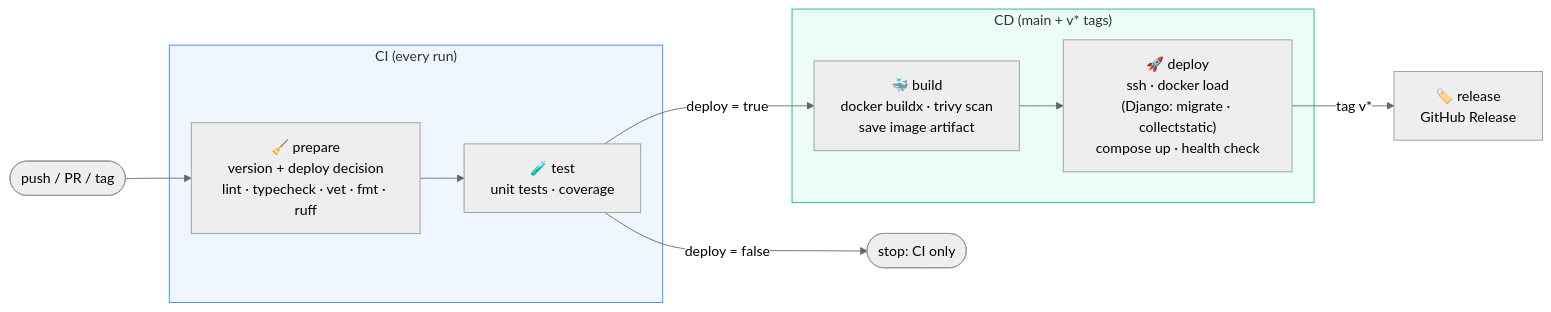
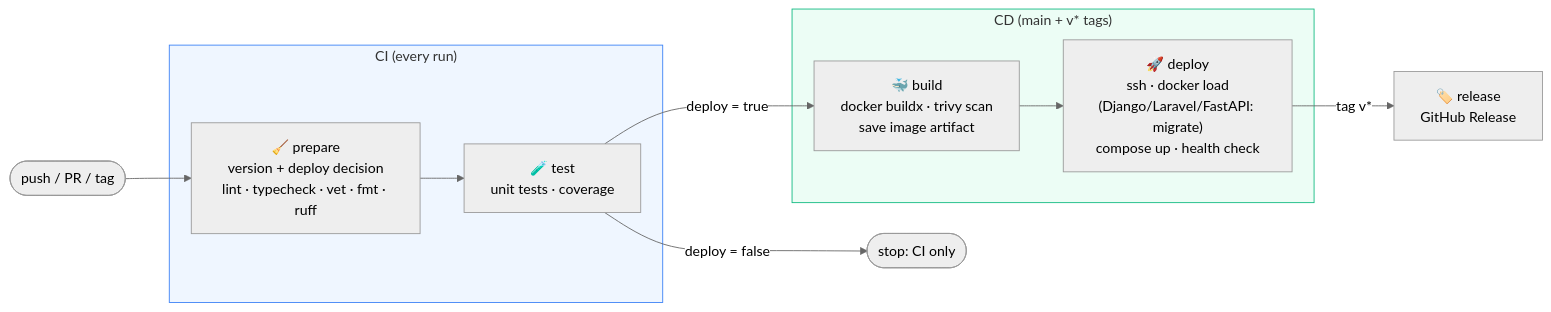
The first of 4 diagrams in README.md (ppeymann/ci-templates), drawn with Mermaid (neutral theme) before and after one commit. The commit also changed other lines of this file and 22 other files, not shown here.

````diff
--- a/README.md
+++ b/README.md
@@ -70,20 +114,20 @@
 ```mermaid
 flowchart LR
     A([push / PR / tag]) --> P
 
     subgraph CI [" CI (every run) "]
       P["🧹 prepare<br/>version + deploy decision<br/>lint · typecheck · vet · fmt · ruff"] --> T["🧪 test<br/>unit tests · coverage"]
     end
 
     T -->|deploy = true| B
 
     subgraph CD [" CD (main + v* tags) "]
-      B["🐳 build<br/>docker buildx · trivy scan<br/>save image artifact"] --> D["🚀 deploy<br/>ssh · docker load<br/>(Django: migrate · collectstatic)<br/>compose up · health check"]
+      B["🐳 build<br/>docker buildx · trivy scan<br/>save image artifact"] --> D["🚀 deploy<br/>ssh · docker load<br/>(Django/Laravel/FastAPI: migrate)<br/>compose up · health check"]
     end
 
     D -->|tag v*| R["🏷️ release<br/>GitHub Release"]
     T -->|deploy = false| X([stop: CI only])
 
     style CI fill:#eff6ff,stroke:#3b82f6
     style CD fill:#ecfdf5,stroke:#10b981
 ```
````
